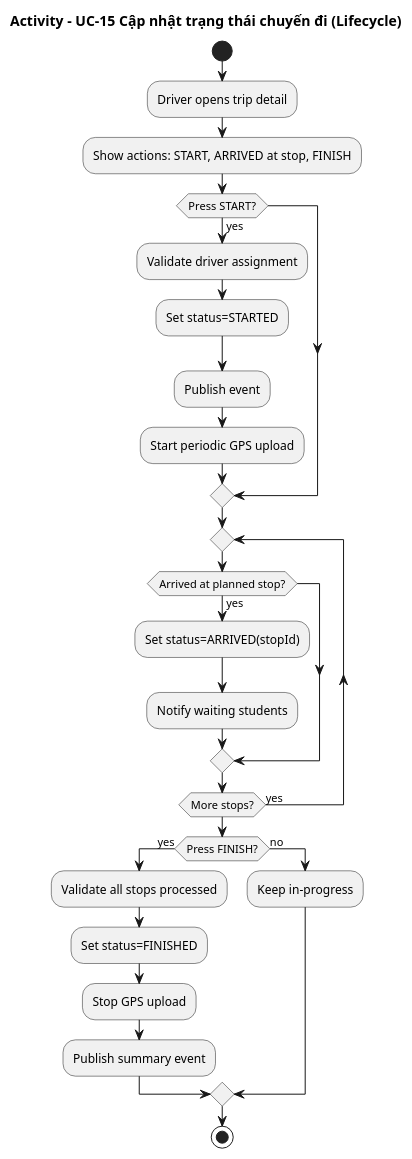
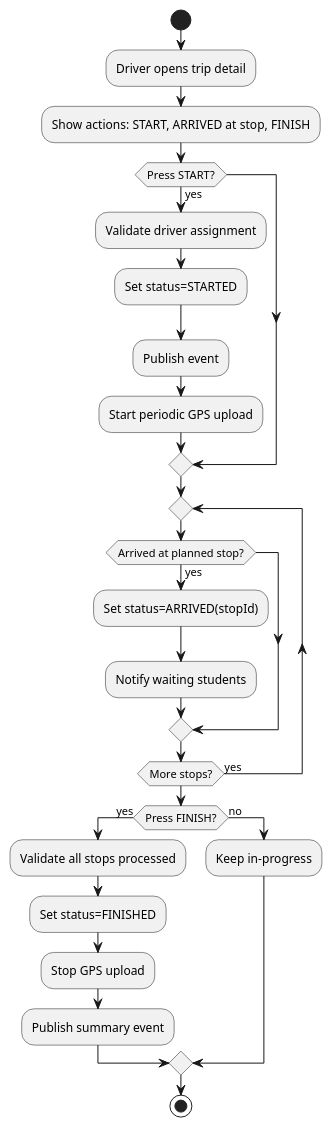
Before and after one commit to phuongbv00/hust-bus-stop: the diagram in docs/uml/activity/activity_uc15_trip_status_lifecycle.puml, drawn with PlantUML. The commit also changed 25 other files, not shown here.

Commit message:
docs: update diagrams

```diff
--- a/docs/uml/activity/activity_uc15_trip_status_lifecycle.puml
+++ b/docs/uml/activity/activity_uc15_trip_status_lifecycle.puml
@@ -1,30 +1,29 @@
 @startuml
-title Activity - UC-15 Cập nhật trạng thái chuyến đi (Lifecycle)
 start
 :Driver opens trip detail;
 :Show actions: START, ARRIVED at stop, FINISH;
 
 if (Press START?) then (yes)
   :Validate driver assignment;
   :Set status=STARTED;
   :Publish event;
   :Start periodic GPS upload;
 endif
 
 repeat
   if (Arrived at planned stop?) then (yes)
     :Set status=ARRIVED(stopId);
     :Notify waiting students;
   endif
 repeat while (More stops?) is (yes)
 
 if (Press FINISH?) then (yes)
   :Validate all stops processed;
   :Set status=FINISHED;
   :Stop GPS upload;
   :Publish summary event;
 else (no)
   :Keep in-progress;
 endif
 stop
 @enduml
```
